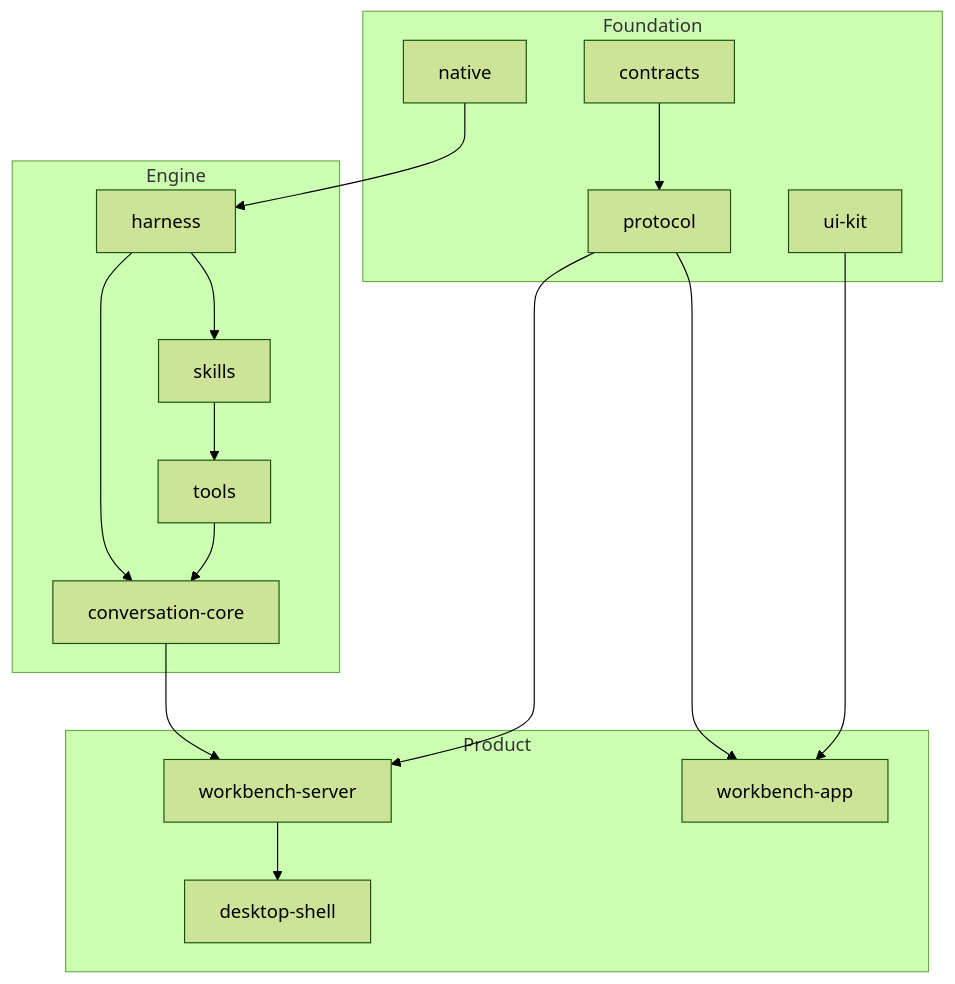
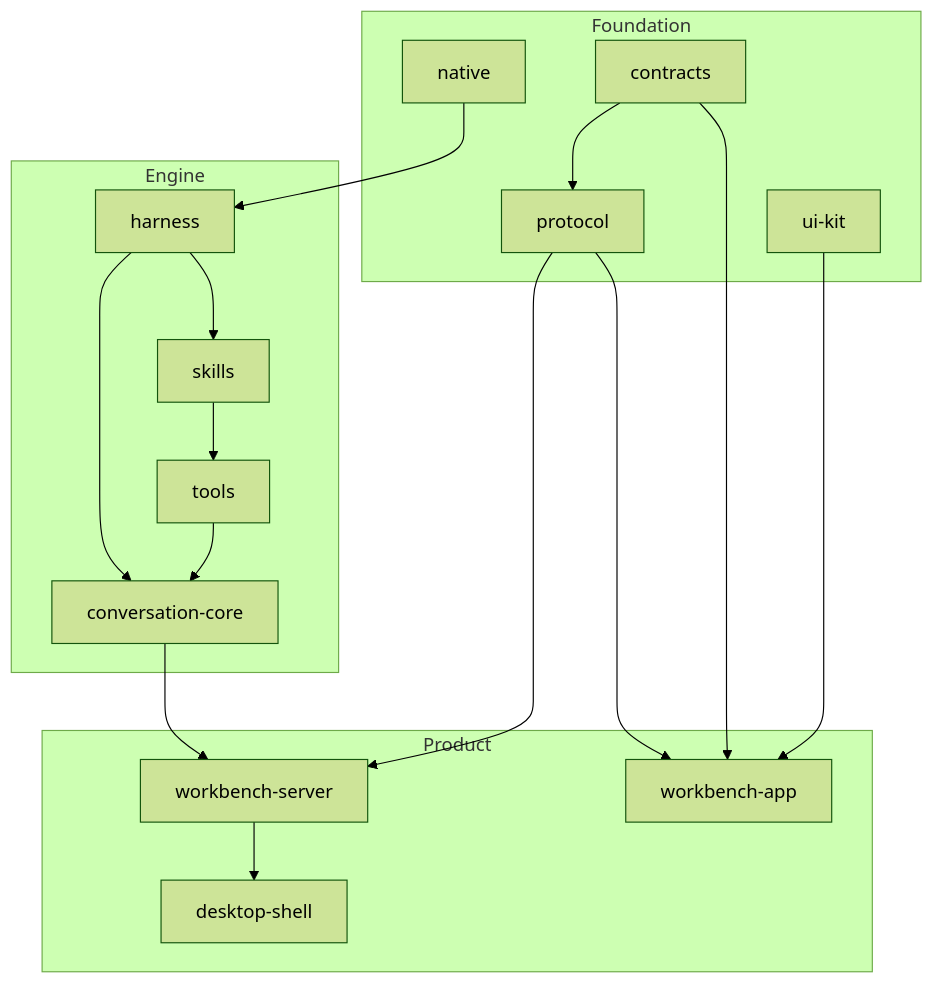
Before and after one commit to ThilinaTLM/nerve: the diagram in docs/architecture/codebase.md, drawn with Mermaid (forest theme). The commit also changed other lines of this file and 41 other files, not shown here.

````diff
--- a/docs/architecture/codebase.md
+++ b/docs/architecture/codebase.md
@@ -5,25 +5,26 @@
 ```mermaid
 flowchart TB
   subgraph Foundation
     contracts
     protocol
     native
     ui-kit
   end
   subgraph Engine
     harness --> skills
     skills --> tools
     harness --> conversation-core
     tools --> conversation-core
   end
   subgraph Product
     workbench-server --> desktop-shell
     workbench-app
   end
   contracts --> protocol
   native --> harness
   conversation-core --> workbench-server
   protocol --> workbench-server
   protocol --> workbench-app
+  contracts --> workbench-app
   ui-kit --> workbench-app
 ```
````
